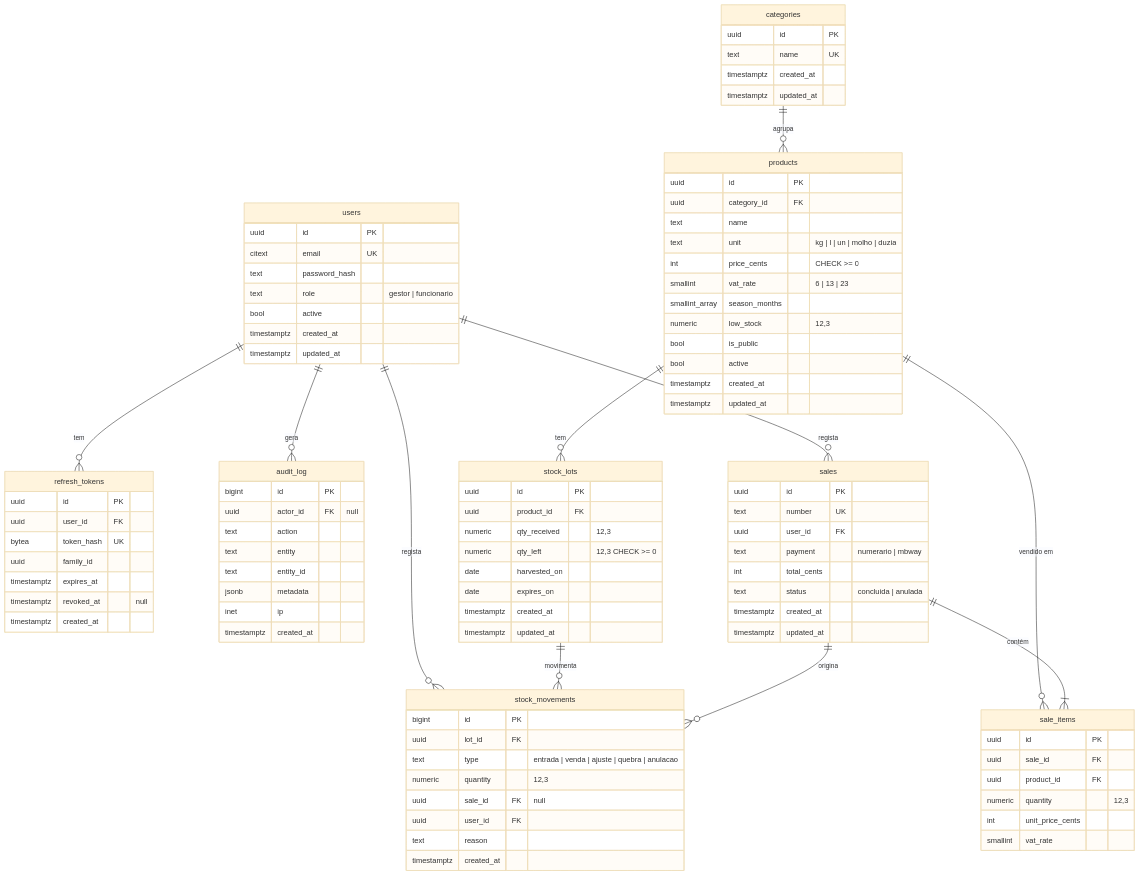
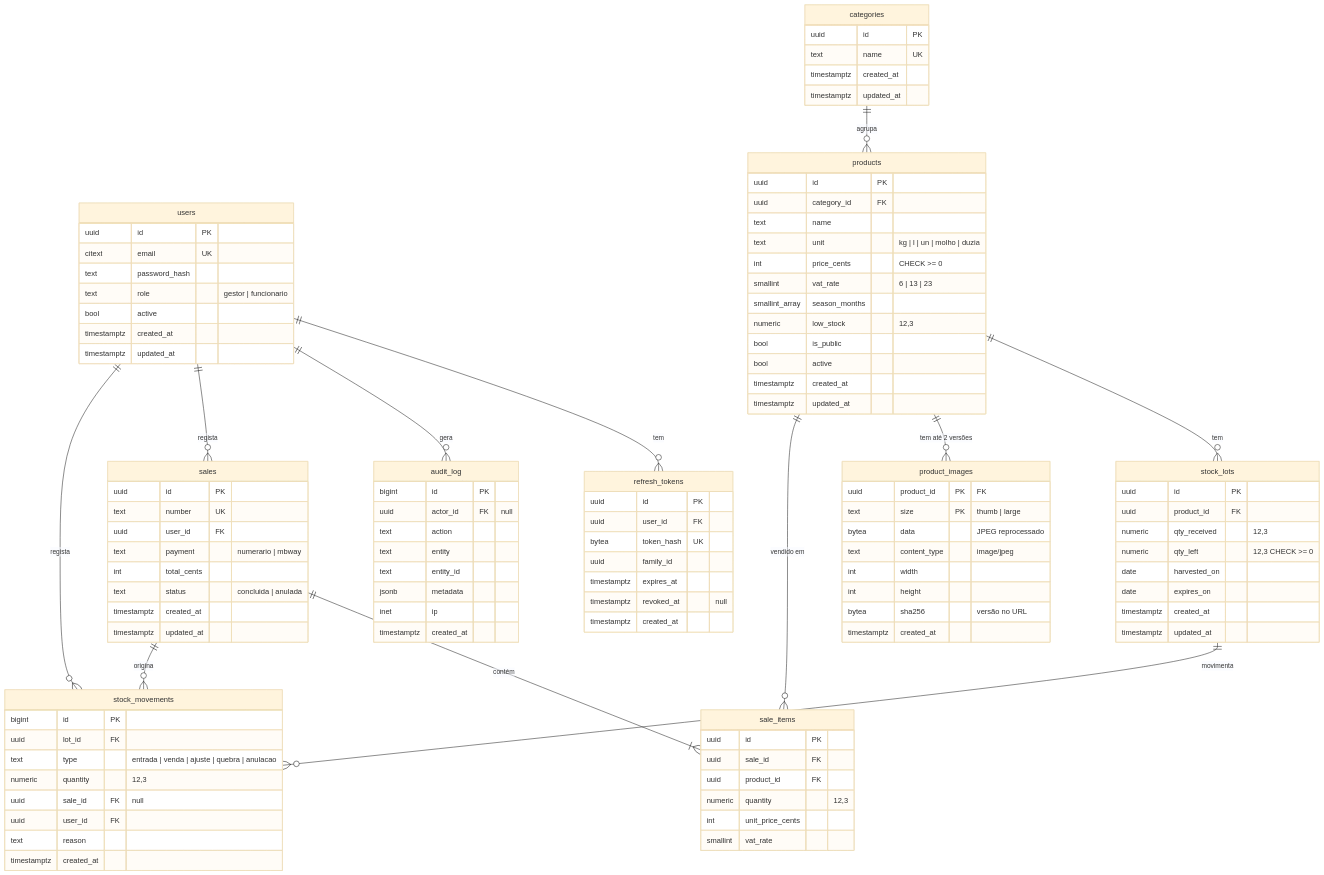
The diagram in docs/architecture/data-model.md (VascoDuart/loja-da-quinta), drawn with Mermaid (base theme) before and after one commit. The commit also changed other lines of this file and 7 other files, not shown here.

```diff
--- a/docs/architecture/data-model.md
+++ b/docs/architecture/data-model.md
@@ -8,6 +8,7 @@
     users ||--o{ stock_movements : "regista"
     categories ||--o{ products : "agrupa"
     products ||--o{ stock_lots : "tem"
+    products ||--o{ product_images : "tem até 2 versões"
     products ||--o{ sale_items : "vendido em"
     sales ||--|{ sale_items : "contém"
     stock_lots ||--o{ stock_movements : "movimenta"
@@ -61,6 +62,16 @@
         timestamptz created_at
         timestamptz updated_at
     }
+    product_images {
+        uuid product_id PK "FK"
+        text size PK "thumb | large"
+        bytea data "JPEG reprocessado"
+        text content_type "image/jpeg"
+        int width
+        int height
+        bytea sha256 "versão no URL"
+        timestamptz created_at
+    }
     stock_lots {
         uuid id PK
         uuid product_id FK
```
